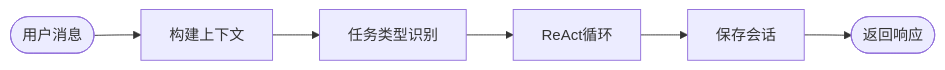
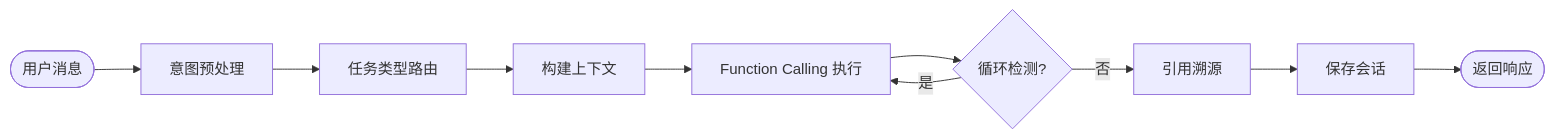
Before and after one commit to jesspig/micro-agent: the first of 4 diagrams in docs/core/agent.md, drawn with Mermaid. The commit also changed other lines of this file and 15 other files, not shown here.

````diff
--- a/docs/core/agent.md
+++ b/docs/core/agent.md
@@ -13,8 +13,12 @@
 ```mermaid
 flowchart LR
-    Start([用户消息]) --> Context[构建上下文]
-    Context --> Route[任务类型识别]
-    Route --> React[ReAct循环]
-    React --> Save[保存会话]
+    Start([用户消息]) --> Preflight[意图预处理]
+    Preflight --> Route[任务类型路由]
+    Route --> Context[构建上下文]
+    Context --> Execute[Function Calling 执行]
+    Execute --> Loop{循环检测?}
+    Loop -->|是| Execute
+    Loop -->|否| Cite[引用溯源]
+    Cite --> Save[保存会话]
     Save --> End([返回响应])
 ```
````
